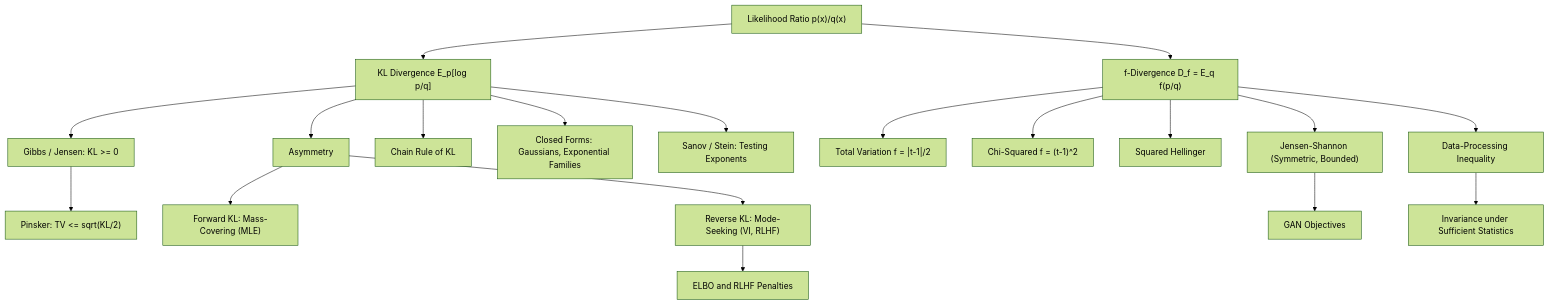
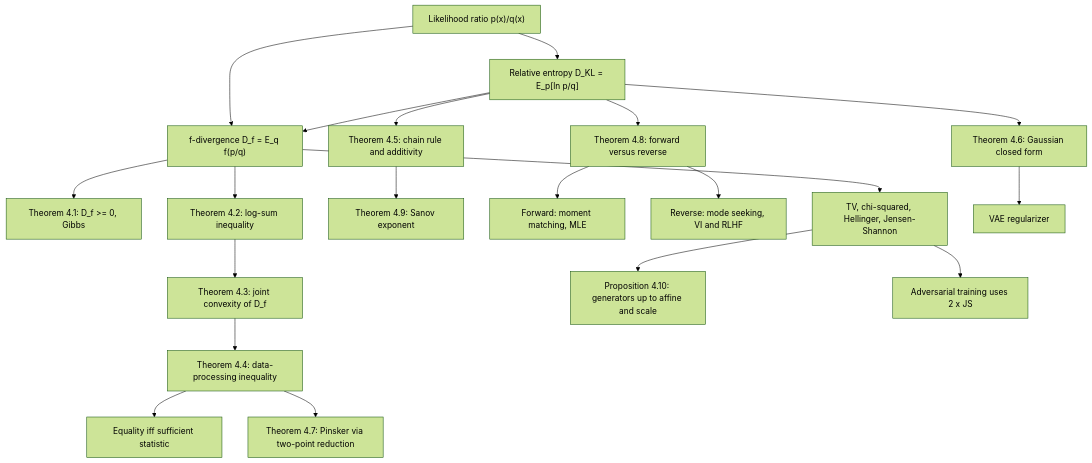
Before and after one commit to hien078/applied-mathematics-foundation: the diagram in information_theory/04_kl_divergence_and_f_divergences/README.md, drawn with Mermaid (forest theme). The commit also changed other lines of this file and 150 other files, not shown here.

````diff
--- a/information_theory/04_kl_divergence_and_f_divergences/README.md
+++ b/information_theory/04_kl_divergence_and_f_divergences/README.md
@@ -24,21 +66,22 @@
 ```mermaid
 graph TD
-    A["Likelihood Ratio p(x)/q(x)"] --> B["KL Divergence E_p[log p/q]"]
-    B --> C["Gibbs / Jensen: KL >= 0"]
-    B --> D["Asymmetry"]
-    D --> E["Forward KL: Mass-Covering (MLE)"]
-    D --> F["Reverse KL: Mode-Seeking (VI, RLHF)"]
-    B --> G["Chain Rule of KL"]
-    B --> H["Closed Forms: Gaussians, Exponential Families"]
-    A --> I["f-Divergence D_f = E_q f(p/q)"]
-    I --> J["Total Variation f = |t-1|/2"]
-    I --> K["Chi-Squared f = (t-1)^2"]
-    I --> L["Squared Hellinger"]
-    I --> M["Jensen-Shannon (Symmetric, Bounded)"]
-    I --> N["Data-Processing Inequality"]
-    N --> O["Invariance under Sufficient Statistics"]
-    C --> P["Pinsker: TV <= sqrt(KL/2)"]
-    B --> Q["Sanov / Stein: Testing Exponents"]
-    M --> R["GAN Objectives"]
-    F --> S["ELBO and RLHF Penalties"]
+    A["Likelihood ratio p(x)/q(x)"] --> B["Relative entropy D_KL = E_p[ln p/q]"]
+    A --> C["f-divergence D_f = E_q f(p/q)"]
+    B --> C
+    C --> D["Theorem 4.1: D_f >= 0, Gibbs"]
+    C --> E["Theorem 4.2: log-sum inequality"]
+    E --> F["Theorem 4.3: joint convexity of D_f"]
+    F --> G["Theorem 4.4: data-processing inequality"]
+    G --> H["Equality iff sufficient statistic"]
+    G --> I["Theorem 4.7: Pinsker via two-point reduction"]
+    B --> J["Theorem 4.5: chain rule and additivity"]
+    B --> K["Theorem 4.6: Gaussian closed form"]
+    J --> L["Theorem 4.9: Sanov exponent"]
+    B --> M["Theorem 4.8: forward versus reverse"]
+    M --> N["Forward: moment matching, MLE"]
+    M --> O["Reverse: mode seeking, VI and RLHF"]
+    C --> P["TV, chi-squared, Hellinger, Jensen-Shannon"]
+    P --> Q["Proposition 4.10: generators up to affine and scale"]
+    K --> R["VAE regularizer"]
+    P --> S["Adversarial training uses 2 x JS"]
 ```
````
